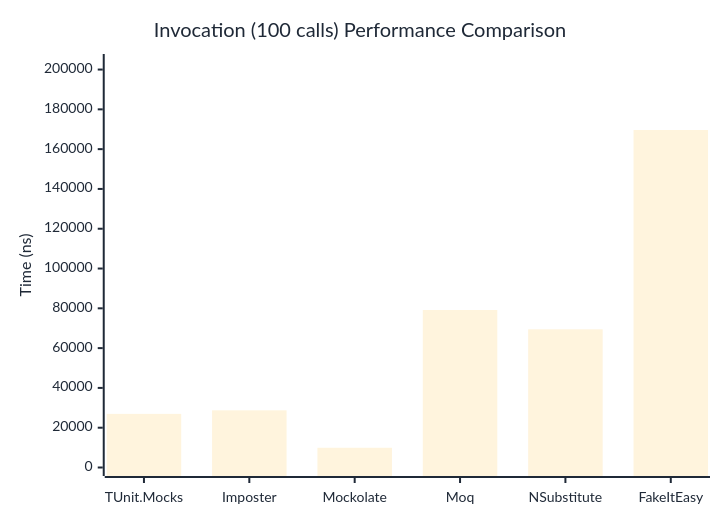
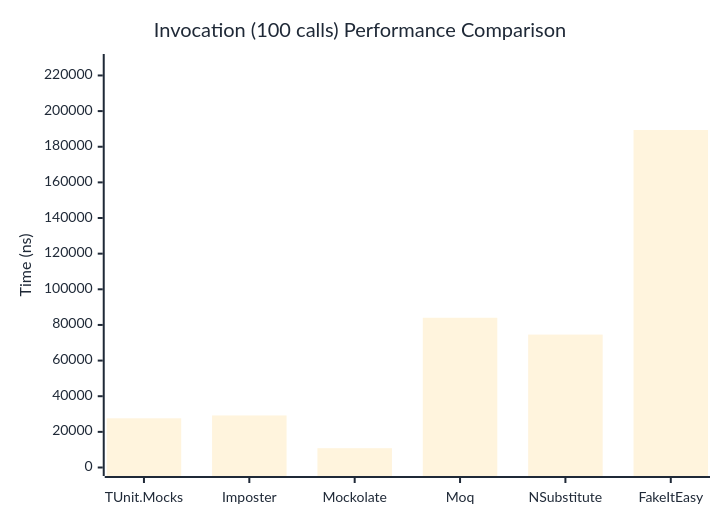
One commit to thomhurst/TUnit changed the third of 3 diagrams in docs/docs/benchmarks/mocks/Invocation.md. Above: the diagram before and after it, drawn with Mermaid. The commit also changed other lines of this file and 14 other files, not shown here.

````diff
--- a/docs/docs/benchmarks/mocks/Invocation.md
+++ b/docs/docs/benchmarks/mocks/Invocation.md
@@ -112,27 +112,27 @@
 ```mermaid
 %%{init: {
   'theme':'base',
   'themeVariables': {
     'primaryColor': '#2563eb',
     'primaryTextColor': '#1f2937',
     'primaryBorderColor': '#1e40af',
     'lineColor': '#6b7280',
     'secondaryColor': '#7c3aed',
     'tertiaryColor': '#dc2626',
     'background': '#ffffff',
     'pie1': '#2563eb',
     'pie2': '#7c3aed',
     'pie3': '#dc2626',
     'pie4': '#f59e0b',
     'pie5': '#10b981',
     'pie6': '#06b6d4',
     'pie7': '#ec4899',
     'pie8': '#6366f1'
   }
 }}%%
 xychart-beta
   title "Invocation (100 calls) Performance Comparison"
   x-axis ["TUnit.Mocks", "Imposter", "Mockolate", "Moq", "NSubstitute", "FakeItEasy"]
-  y-axis "Time (ns)" 0 --> 203544
-  bar [26952.45, 28726.85, 9914.66, 79160.41, 69449.77, 169619.4]
+  y-axis "Time (ns)" 0 --> 227274
+  bar [27609.6, 29217.7, 10839.9, 84030.1, 74589, 189394.3]
 ```
````
